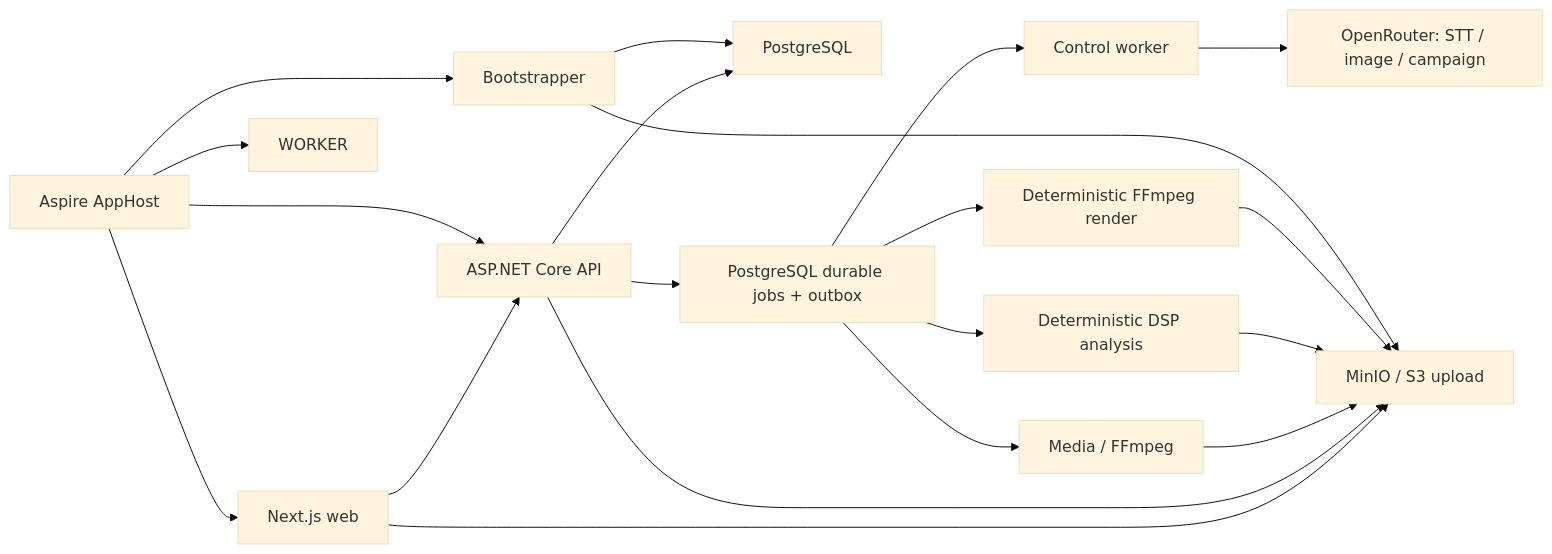
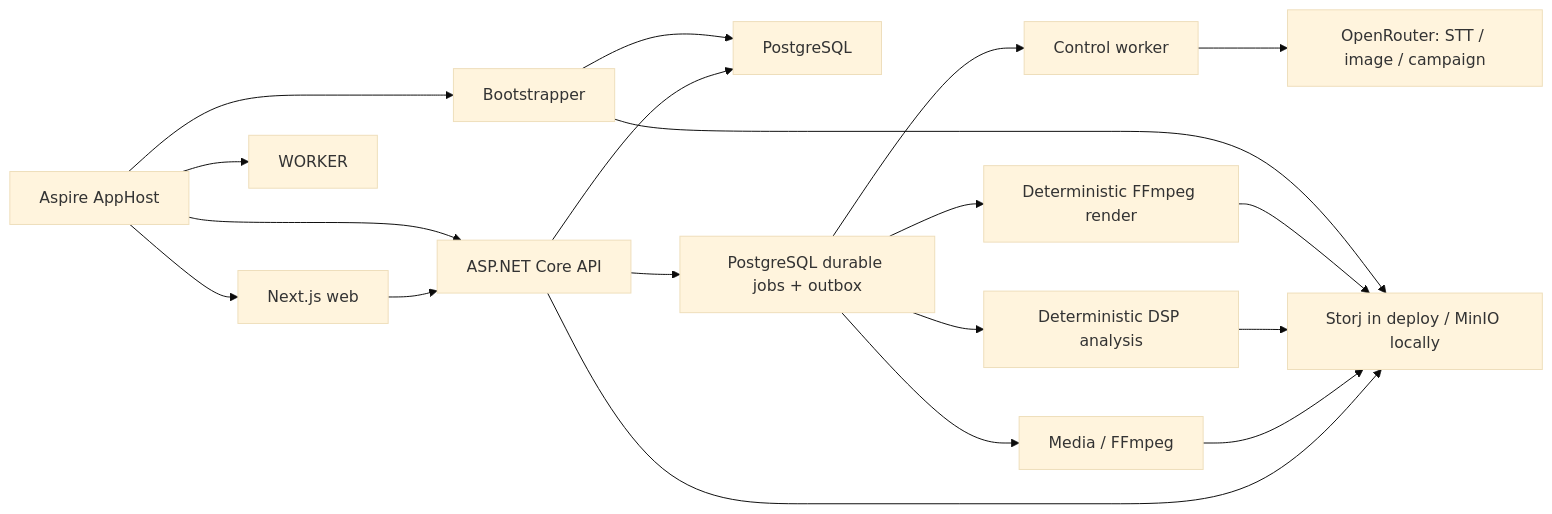
The diagram in src/README.md (Tassadar2499/Hook2Stream), drawn with Mermaid (base theme) before and after one commit. The commit also changed other lines of this file and 176 other files, not shown here.

````diff
--- a/src/README.md
+++ b/src/README.md
@@ -7,22 +7,21 @@
 ```mermaid
 flowchart LR
     WEB["Next.js web"] --> API["ASP.NET Core API"]
     API --> DB["PostgreSQL"]
-    WEB --> S3["MinIO / S3 upload"]
-    API --> S3
+    API --> S3["Storj in deploy / MinIO locally"]
     API --> JOBS["PostgreSQL durable jobs + outbox"]
     JOBS --> CONTROL["Control worker"]
     JOBS --> MEDIA["Media / FFmpeg"]
     JOBS --> ANALYSIS["Deterministic DSP analysis"]
     JOBS --> RENDER["Deterministic FFmpeg render"]
     CONTROL --> AI["OpenRouter: STT / image / campaign"]
     MEDIA --> S3
     ANALYSIS --> S3
     RENDER --> S3
     BOOT["Bootstrapper"] --> DB
     BOOT --> S3
     ASPIRE["Aspire AppHost"] --> WEB
     ASPIRE --> API
     ASPIRE --> WORKER
     ASPIRE --> BOOT
 ```
````
